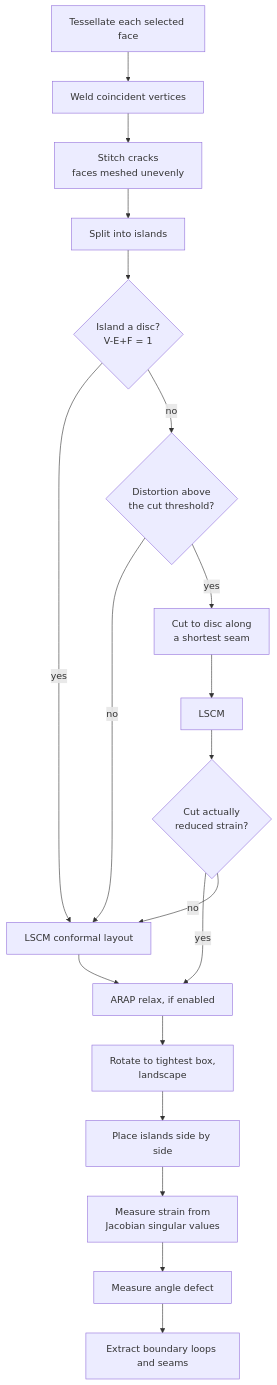
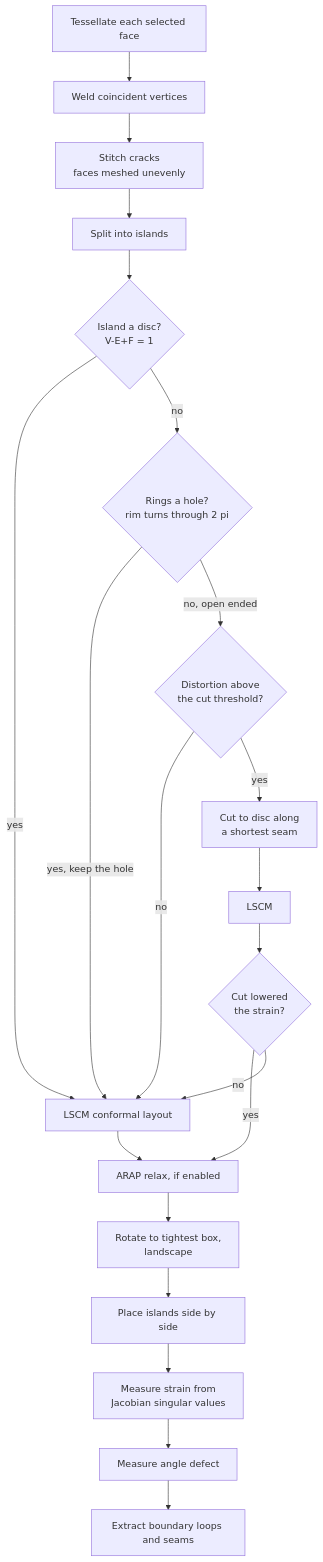
The third of 5 diagrams in docs/arch/Flatten Surface.md (schneik80/PowerTools), drawn with Mermaid before and after one commit. The commit also changed other lines of this file, not shown here.

First line of the commit message:
Docs: bring the Flatten Surface architecture note current

````diff
--- a/docs/arch/Flatten Surface.md
+++ b/docs/arch/Flatten Surface.md
@@ -97,20 +105,22 @@
 ```mermaid
 flowchart TD
     T[Tessellate each selected face] --> W[Weld coincident vertices]
     W --> S[Stitch cracks<br/>faces meshed unevenly]
     S --> I[Split into islands]
     I --> D{"Island a disc?<br/>V-E+F = 1"}
     D -->|yes| L[LSCM conformal layout]
-    D -->|no| M{Distortion above<br/>the cut threshold?}
+    D -->|no| H{"Rings a hole?<br/>rim turns through 2 pi"}
+    H -->|yes, keep the hole| L
+    H -->|no, open ended| M{Distortion above<br/>the cut threshold?}
     M -->|no| L
     M -->|yes| C[Cut to disc along<br/>a shortest seam]
-    C --> L2[LSCM] --> K{Cut actually<br/>reduced strain?}
+    C --> L2[LSCM] --> K{Cut lowered<br/>the strain?}
     K -->|yes| R
     K -->|no| L
     L --> R[ARAP relax, if enabled]
     R --> B[Rotate to tightest box,<br/>landscape]
     B --> P[Place islands side by side]
     P --> G[Measure strain from<br/>Jacobian singular values]
     G --> A[Measure angle defect]
     A --> O[Extract boundary loops and seams]
 ```
````
